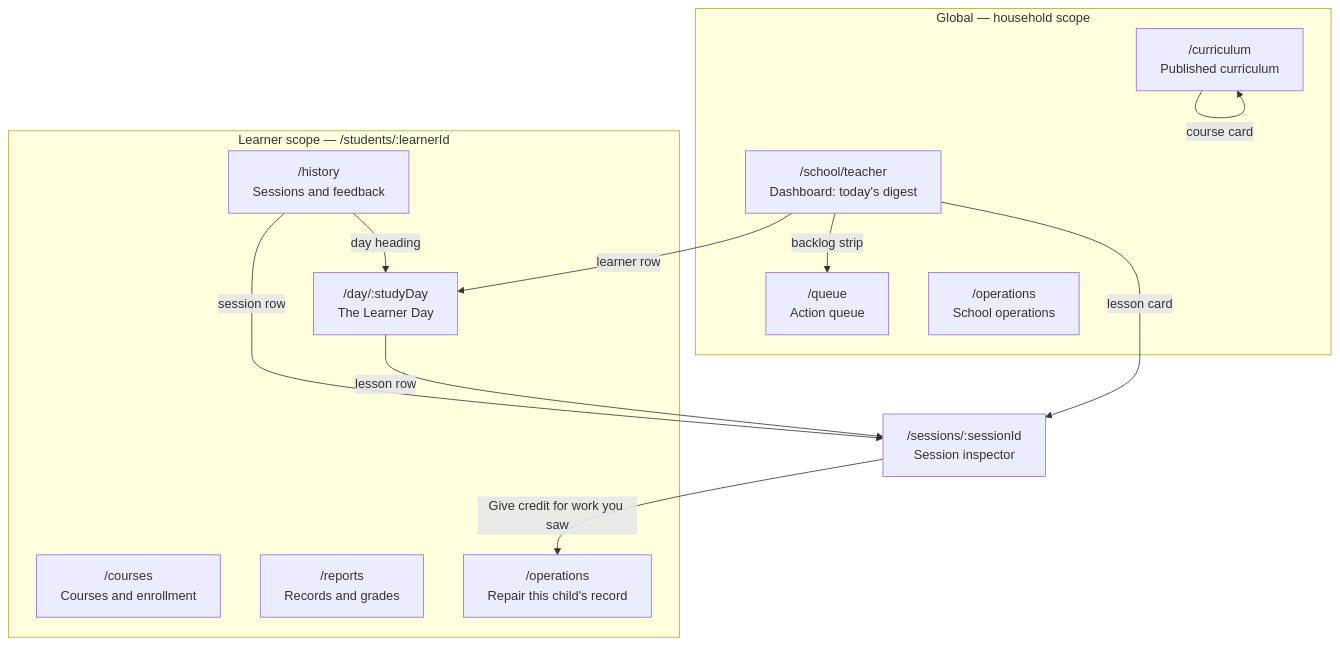
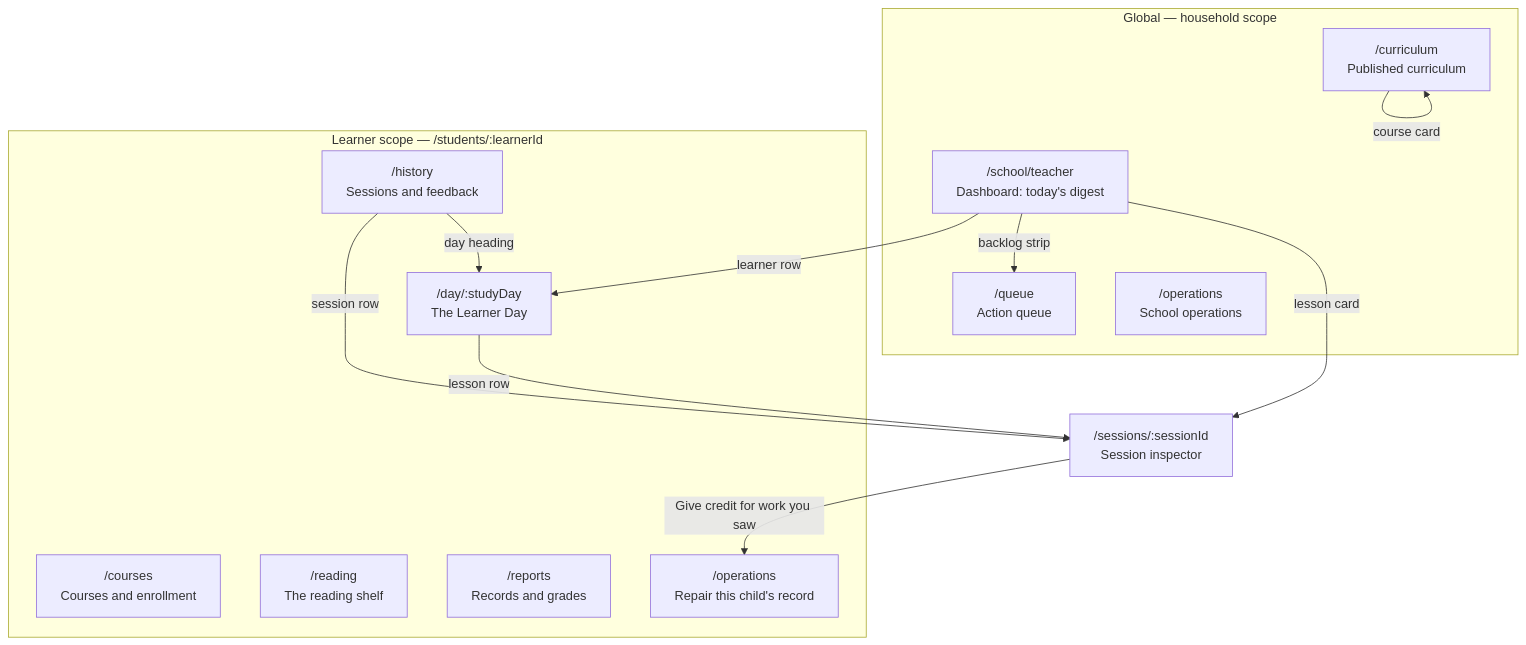
Before and after one commit to kckern/DaylightStation: the second of 16 diagrams in docs/reference/school/teacher.md, drawn with Mermaid. The commit also changed other lines of this file and 12 other files, not shown here.

````diff
--- a/docs/reference/school/teacher.md
+++ b/docs/reference/school/teacher.md
@@ -111,26 +111,27 @@
 ```mermaid
 flowchart TD
     subgraph global["Global — household scope"]
         DASH["/school/teacher<br/>Dashboard: today's digest"]
         QUEUE["/queue<br/>Action queue"]
         CURRIC["/curriculum<br/>Published curriculum"]
         OPS["/operations<br/>School operations"]
     end
     subgraph learner["Learner scope — /students/:learnerId"]
         DAY["/day/:studyDay<br/>The Learner Day"]
         COURSES["/courses<br/>Courses and enrollment"]
         HIST["/history<br/>Sessions and feedback"]
+        READING["/reading<br/>The reading shelf"]
         REPORTS["/reports<br/>Records and grades"]
         LOPS["/operations<br/>Repair this child's record"]
     end
     SESSION["/sessions/:sessionId<br/>Session inspector"]
 
     DASH -->|learner row| DAY
     DASH -->|backlog strip| QUEUE
     DASH -->|lesson card| SESSION
     DAY -->|lesson row| SESSION
     HIST -->|session row| SESSION
     HIST -->|day heading| DAY
     SESSION -->|"Give credit for work you saw"| LOPS
     CURRIC -->|course card| CURRIC
 ```
````
